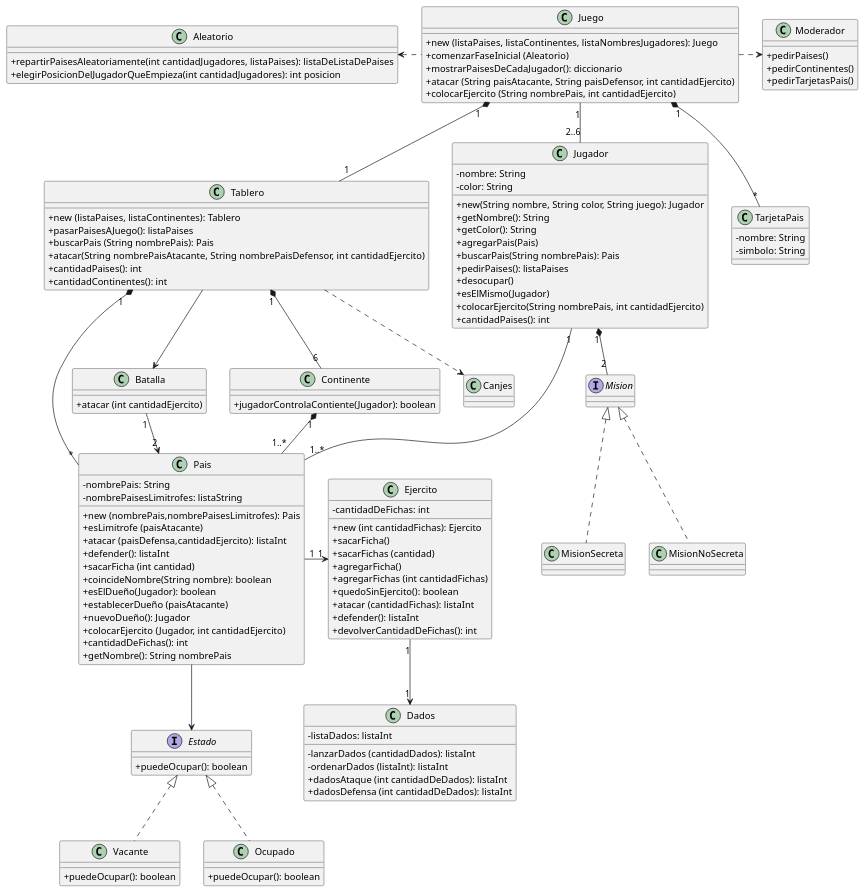
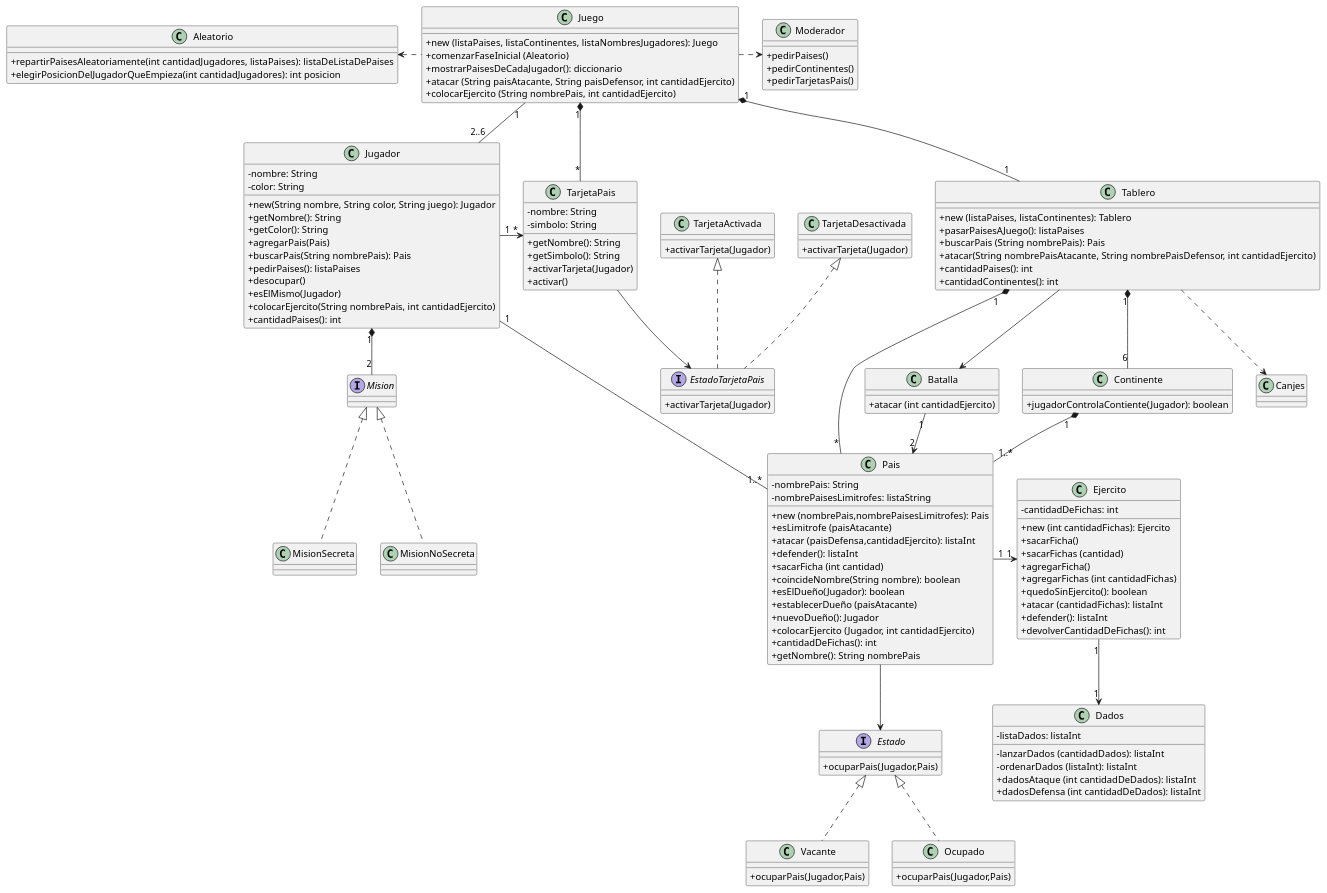
The diagram in diagramas/diagramaDeClases.wsd (daniela41149/algo3_tp2), drawn with PlantUML before and after one commit. The commit also changed 6 other files, not shown here.

```diff
--- a/diagramas/diagramaDeClases.wsd
+++ b/diagramas/diagramaDeClases.wsd
@@ -1,158 +1,186 @@
 @startuml
 Juego "1" *-- "1" Tablero
 Juego "1" -- "2..6" Jugador
 Juego "1" *-- "*" TarjetaPais
 Juego .> Moderador
 Aleatorio <.Juego
 
 
 Interface Mision
 
 Mision <|.. MisionSecreta
 Mision <|.. MisionNoSecreta
 
 Tablero "1" *-- "6" Continente
 Tablero "1" *-- "*" Pais
 Continente "1" *-- "1..*" Pais
 
 Jugador "1" *-- "2" Mision
 Jugador "1" -- "1..*" Pais
+Jugador "1" -> "*" TarjetaPais
+
+Interface EstadoTarjetaPais
+
+TarjetaPais --> EstadoTarjetaPais
+TarjetaActivada <|.. EstadoTarjetaPais
+TarjetaDesactivada <|.. EstadoTarjetaPais
+
 Ejercito "1" --> "1" "Dados"
 Tablero ..> Canjes
 
 Pais "1" -> "1" Ejercito
 Tablero -> Batalla
 Batalla "1" --> "2" Pais
 
 Pais --> Estado
 Estado <|.. Vacante
 Estado <|.. Ocupado
 
 skinparam classAttributeIconSize 0
 class Moderador {
  +pedirPaises()
  +pedirContinentes()
  +pedirTarjetasPais()
 }
 
 skinparam classAttributeIconSize 0
 class Aleatorio {
  +repartirPaisesAleatoriamente(int cantidadJugadores, listaPaises): listaDeListaDePaises
  +elegirPosicionDelJugadorQueEmpieza(int cantidadJugadores): int posicion
 }
 
 
 skinparam classAttributeIconSize 0
 class Juego {
  +new (listaPaises, listaContinentes, listaNombresJugadores): Juego
  +comenzarFaseInicial (Aleatorio)
  +mostrarPaisesDeCadaJugador(): diccionario
  +atacar (String paisAtacante, String paisDefensor, int cantidadEjercito)
  +colocarEjercito (String nombrePais, int cantidadEjercito)
 }
 
 
 skinparam classAttributeIconSize 0
 class Jugador {
  -nombre: String
  -color: String
  +new(String nombre, String color, String juego): Jugador
  +getNombre(): String
  +getColor(): String
  +agregarPais(Pais)
  +buscarPais(String nombrePais): Pais
  +pedirPaises(): listaPaises
  +desocupar()
  +esElMismo(Jugador)
  +colocarEjercito(String nombrePais, int cantidadEjercito)
  +cantidadPaises(): int
 }
 
 skinparam classAttributeIconSize 0
 class Tablero {
  +new (listaPaises, listaContinentes): Tablero
  +pasarPaisesAJuego(): listaPaises
  +buscarPais (String nombrePais): Pais
  +atacar(String nombrePaisAtacante, String nombrePaisDefensor, int cantidadEjercito)
  +cantidadPaises(): int
  +cantidadContinentes(): int
 }
 
 skinparam classAttributeIconSize 0
 class Batalla {
  +atacar (int cantidadEjercito)
 }
 
 
 skinparam classAttributeIconSize 0
 class Pais {
  -nombrePais: String
  -nombrePaisesLimitrofes: listaString
  +new (nombrePais,nombrePaisesLimitrofes): Pais
  +esLimitrofe (paisAtacante)
  +atacar (paisDefensa,cantidadEjercito): listaInt
  +defender(): listaInt
  +sacarFicha (int cantidad)
  +coincideNombre(String nombre): boolean
  +esElDueño(Jugador): boolean
  +establecerDueño (paisAtacante)
  +nuevoDueño(): Jugador
  +colocarEjercito (Jugador, int cantidadEjercito)
  +cantidadDeFichas(): int
  +getNombre(): String nombrePais
 
 
 }
 
 skinparam classAttributeIconSize 0
 Interface Estado {
- +puedeOcupar(): boolean
+ +ocuparPais(Jugador,Pais)
 }
 
 skinparam classAttributeIconSize 0
 class Ocupado {
- +puedeOcupar(): boolean
+ +ocuparPais(Jugador,Pais)
 }
 
 skinparam classAttributeIconSize 0
 class Vacante {
- +puedeOcupar(): boolean
+ +ocuparPais(Jugador,Pais)
 }
 
 skinparam classAttributeIconSize 0
 class Continente {
  +jugadorControlaContiente(Jugador): boolean
 
 }
 
 skinparam classAttributeIconSize 0
 class Ejercito {
  -cantidadDeFichas: int
  +new (int cantidadFichas): Ejercito
  +sacarFicha()
  +sacarFichas (cantidad)
  +agregarFicha()
  +agregarFichas (int cantidadFichas)
  +quedoSinEjercito(): boolean
  +atacar (cantidadFichas): listaInt
  +defender(): listaInt
  +devolverCantidadDeFichas(): int
 
 }
 
 skinparam classAttributeIconSize 0
 class Dados {
  -listaDados: listaInt
  -lanzarDados (cantidadDados): listaInt
  -ordenarDados (listaInt): listaInt
  +dadosAtaque (int cantidadDeDados): listaInt
  +dadosDefensa (int cantidadDeDados): listaInt
 }
 
 
 skinparam classAttributeIconSize 0
 class TarjetaPais {
  -nombre: String
  -simbolo: String
+ +getNombre(): String
+ +getSimbolo(): String
+ +activarTarjeta(Jugador)
+ +activar()
+
+}
+
+skinparam classAttributeIconSize 0
+class TarjetaActivada {
+ +activarTarjeta(Jugador)
+}
+
+skinparam classAttributeIconSize 0
+class TarjetaDesactivada {
+ +activarTarjeta(Jugador)
+}
+
+skinparam classAttributeIconSize 0
+Interface EstadoTarjetaPais {
+ +activarTarjeta(Jugador)
 }
 @enduml
```
